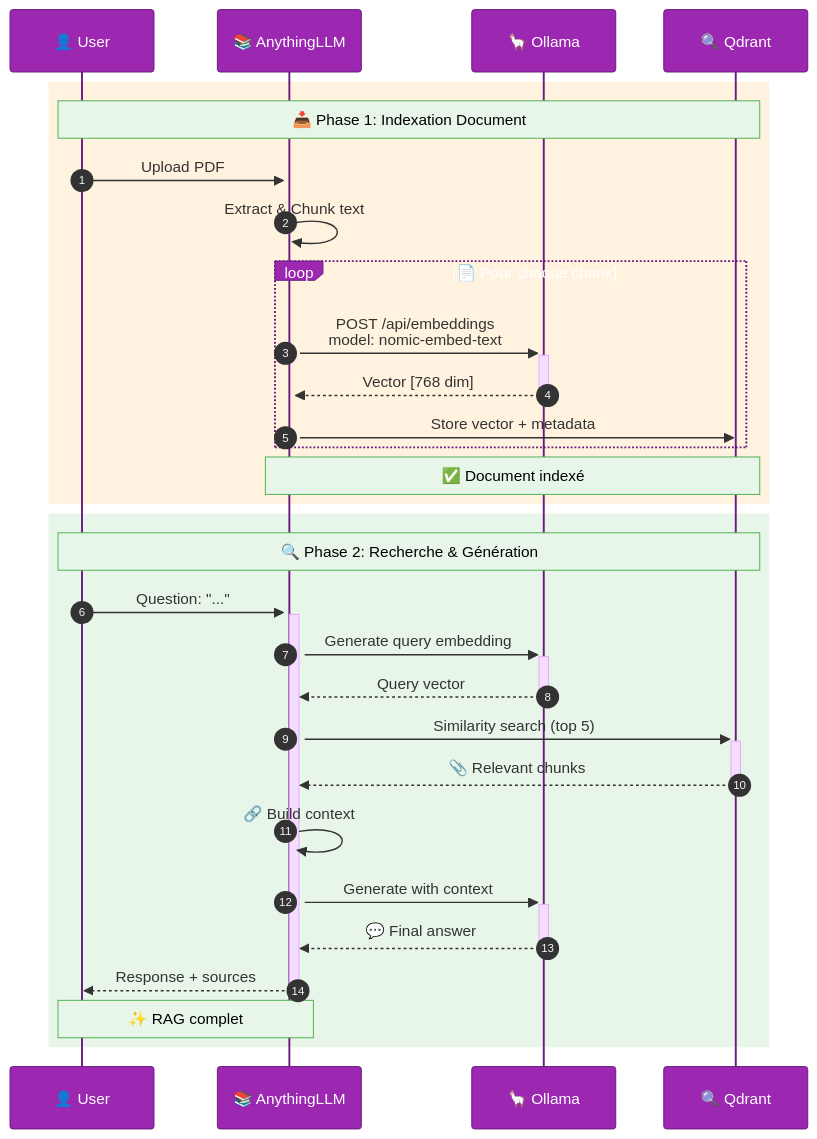
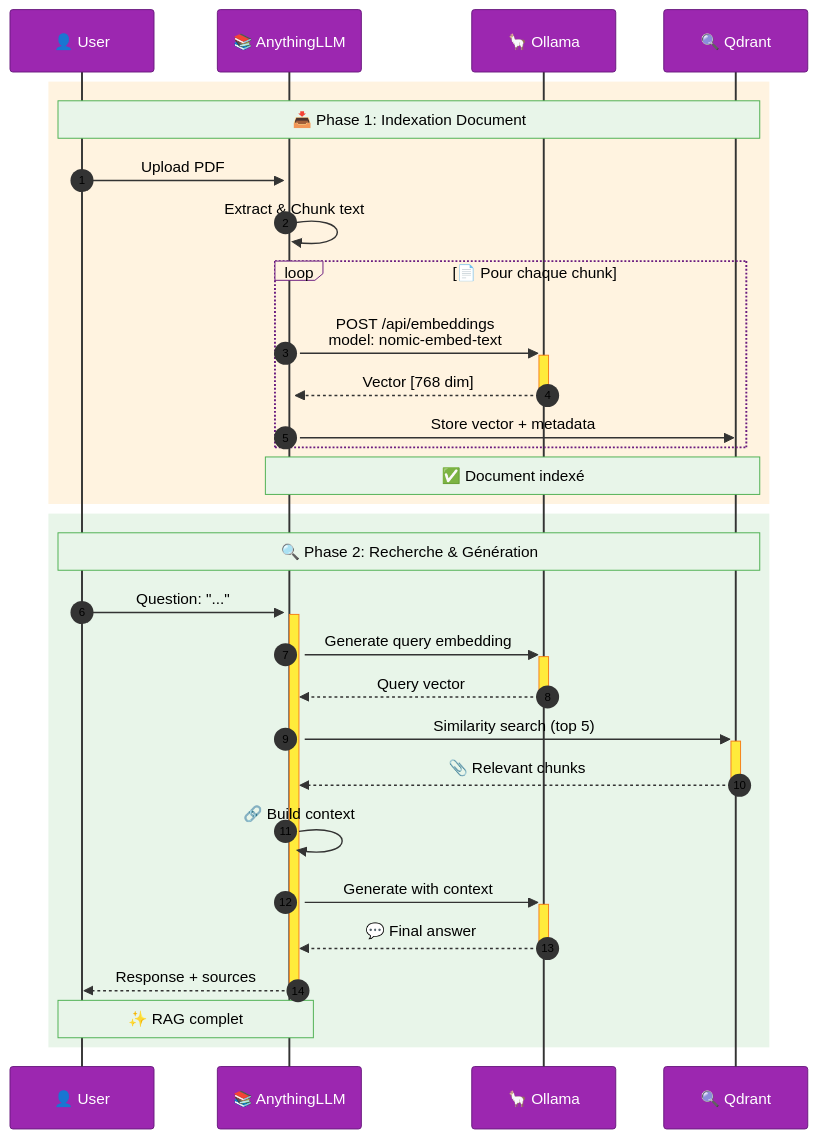
Before and after one commit to MPFabio/Stack-IA: the eighth of 14 diagrams in docs/ARCHITECTURE.md, drawn with Mermaid. The commit also changed other lines of this file, not shown here.

First line of the commit message:
fix(docs): Fond blanc + couleurs vives pour tous les diagrammes

````diff
--- a/docs/ARCHITECTURE.md
+++ b/docs/ARCHITECTURE.md
@@ -499,35 +501,35 @@
 ```mermaid
-%%{init: {'theme':'base', 'themeVariables': {'actorBkg':'#9C27B0','actorBorder':'#6a1b7f','actorTextColor':'#fff','noteBkgColor':'#e8f5e9','noteTextColor':'#000','noteBorderColor':'#4caf50'}}}%%
+%%{init: {'theme':'base', 'themeVariables': {'background':'#ffffff','mainBkg':'#ffffff','actorBkg':'#9C27B0','actorBorder':'#6a1b7f','actorTextColor':'#fff','actorLineColor':'#333','noteBkgColor':'#e8f5e9','noteTextColor':'#000','noteBorderColor':'#4caf50','signalColor':'#333','signalTextColor':'#000','labelBoxBkgColor':'#fff3e0','labelTextColor':'#000','loopTextColor':'#000','activationBkgColor':'#ffeb3b','activationBorderColor':'#f57f17','sequenceNumberColor':'#000'}}}%%
 sequenceDiagram
     autonumber
     participant U as 👤 User
     participant A as 📚 AnythingLLM
     participant O as 🦙 Ollama
     participant Q as 🔍 Qdrant
     
     rect rgb(255, 243, 224)
         Note over U,Q: 📥 Phase 1: Indexation Document
         U->>+A: Upload PDF
         A->>A: Extract & Chunk text
         loop 📄 Pour chaque chunk
             A->>+O: POST /api/embeddings<br/>model: nomic-embed-text
             O-->>-A: Vector [768 dim]
             A->>Q: Store vector + metadata
         end
         Note over A,Q: ✅ Document indexé
     end
     
     rect rgb(232, 245, 233)
         Note over U,Q: 🔍 Phase 2: Recherche & Génération
         U->>+A: Question: "..."
         A->>+O: Generate query embedding
         O-->>-A: Query vector
         A->>+Q: Similarity search (top 5)
         Q-->>-A: 📎 Relevant chunks
         A->>A: 🔗 Build context
         A->>+O: Generate with context
         O-->>-A: 💬 Final answer
         A-->>-U: Response + sources
         Note over U,A: ✨ RAG complet
     end
 ```
````
